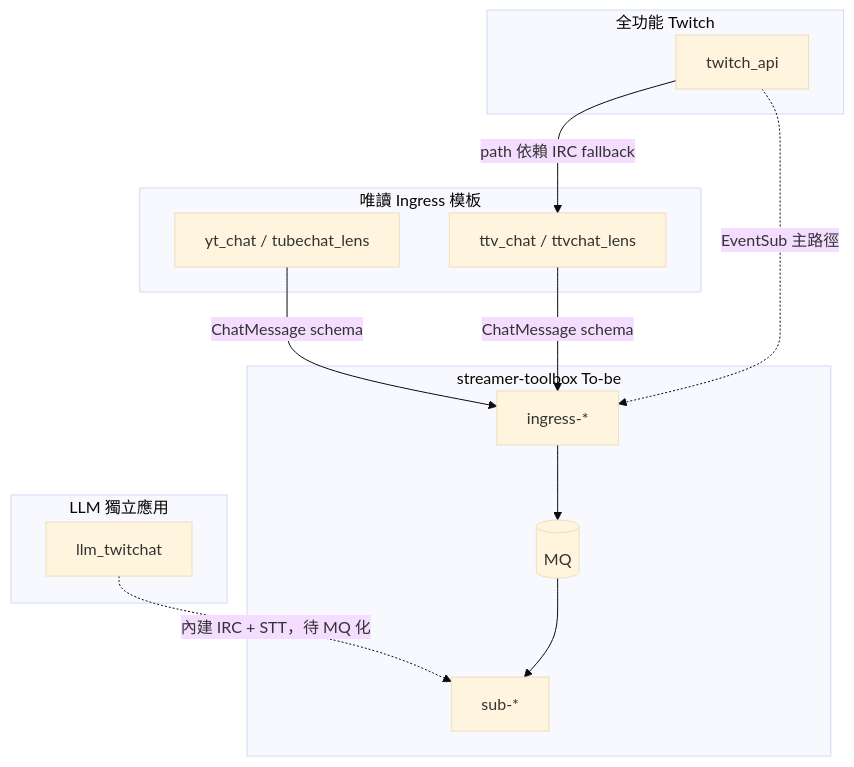
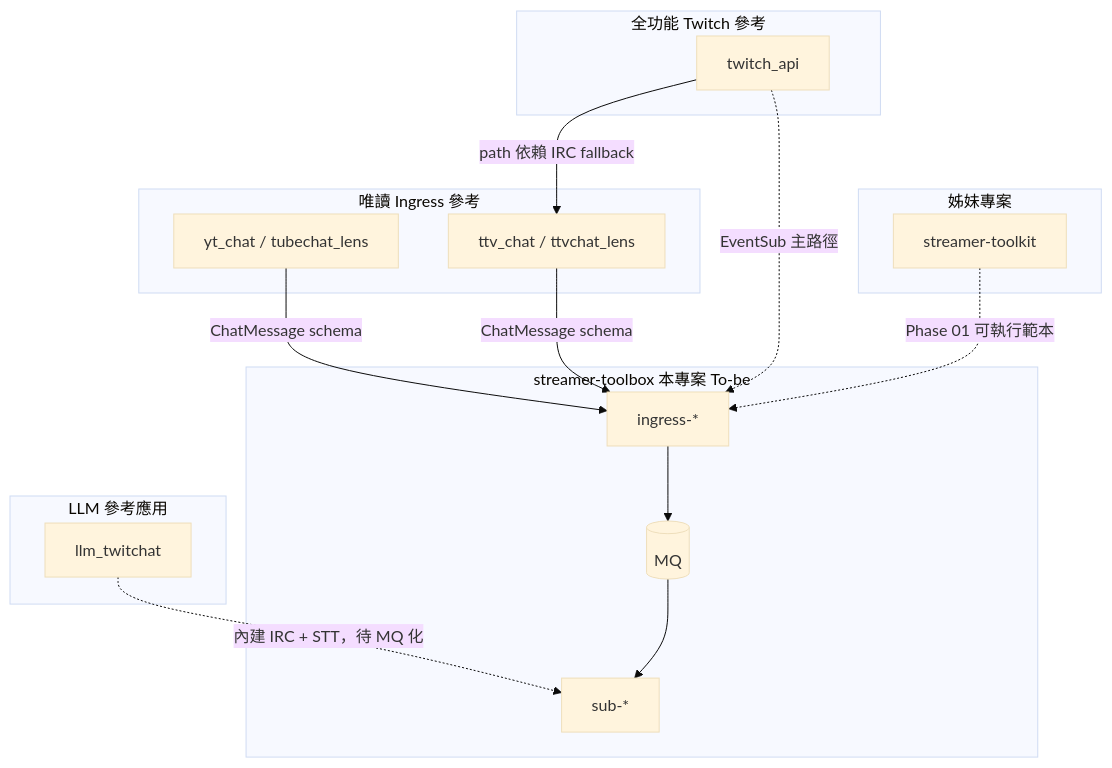
Before and after one commit to skymiku39/streamer_toolbox: the diagram in docs/references.md, drawn with Mermaid (base theme). The commit also changed other lines of this file and 30 other files, not shown here.

````diff
--- a/docs/references.md
+++ b/docs/references.md
@@ -17,28 +35,33 @@
 ```mermaid
 flowchart TB
-    subgraph read [唯讀 Ingress 模板]
+    subgraph read [唯讀 Ingress 參考]
         YT[yt_chat / tubechat_lens]
         TTV[ttv_chat / ttvchat_lens]
     end
 
-    subgraph full [全功能 Twitch]
+    subgraph full [全功能 Twitch 參考]
         API[twitch_api]
     end
 
-    subgraph llm [LLM 獨立應用]
+    subgraph llm [LLM 參考應用]
         LLM[llm_twitchat]
     end
 
-  subgraph design [streamer-toolbox To-be]
+    subgraph sibling [姊妹專案]
+        TK[streamer-toolkit]
+    end
+
+    subgraph design [streamer-toolbox 本專案 To-be]
         MQ[(MQ)]
         Ingress[ingress-*]
         Sub[sub-*]
     end
 
     YT -->|ChatMessage schema| Ingress
     TTV -->|ChatMessage schema| Ingress
     API -->|path 依賴 IRC fallback| TTV
     API -.->|EventSub 主路徑| Ingress
     LLM -.->|內建 IRC + STT，待 MQ 化| Sub
+    TK -.->|Phase 01 可執行範本| Ingress
     Ingress --> MQ --> Sub
 ```
````
